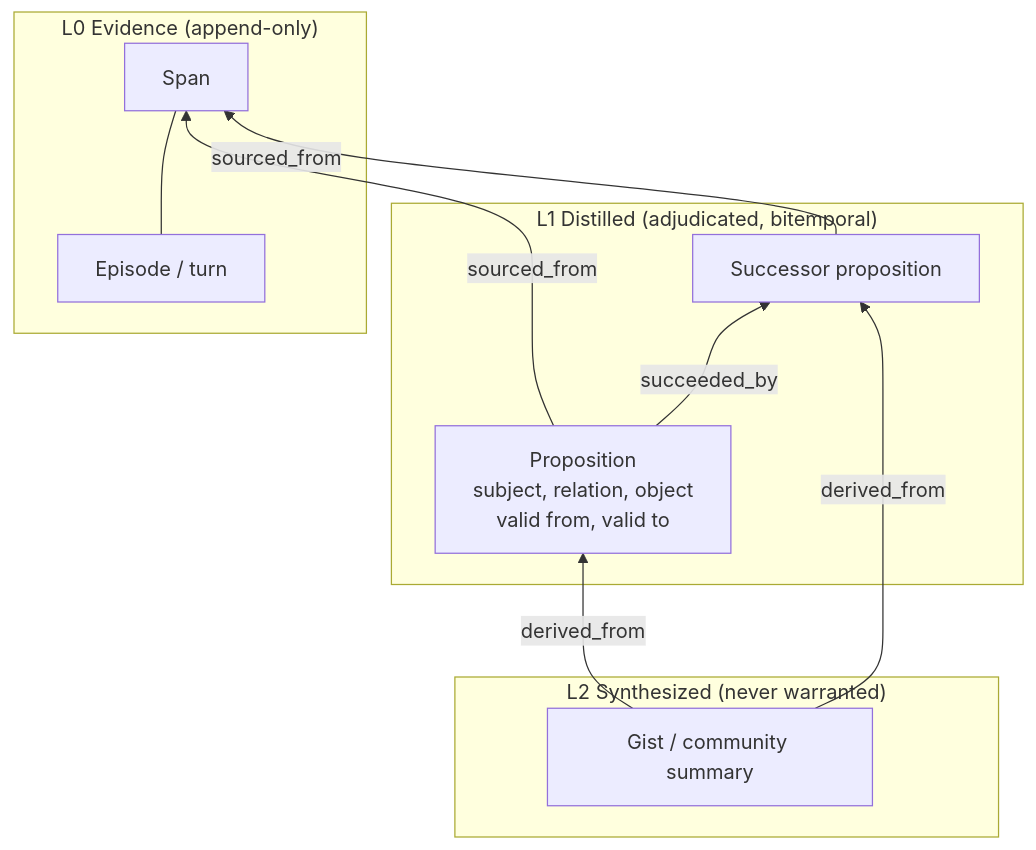
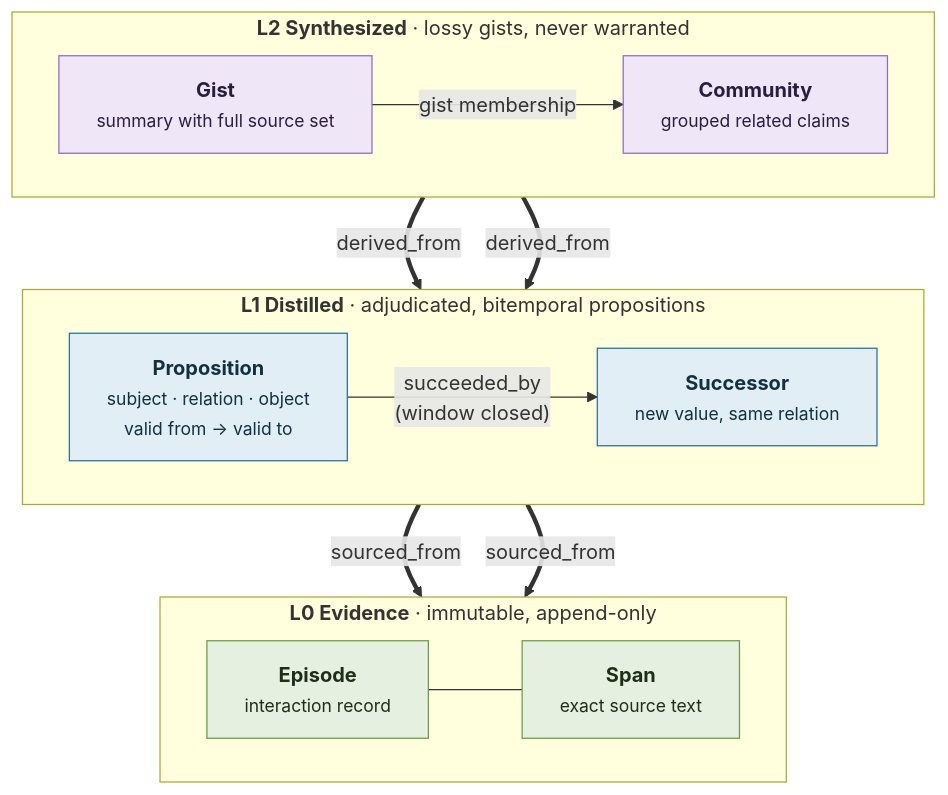
The first of 2 diagrams in src/content/blog/gmem-layered-agent-memory-evidence-links.md (Faycall1l/Faycall1l.github.io), drawn with Mermaid before and after one commit. The commit also changed other lines of this file and 10 other files, not shown here.

Commit message:
fix(blog): colored figures, restructured layer diagram

````diff
--- a/src/content/blog/gmem-layered-agent-memory-evidence-links.md
+++ b/src/content/blog/gmem-layered-agent-memory-evidence-links.md
@@ -31,18 +31,33 @@
 ```mermaid
-flowchart BT
-    subgraph L0["L0 Evidence (append-only)"]
-        E1["Episode / turn"] --- S1["Span"]
+flowchart TB
+    subgraph L2["<b>L2 Synthesized</b> · lossy gists, never warranted"]
+        direction LR
+        G1["<b>Gist</b><br/><span style='font-size:14px'>summary with full source set</span>"]
+        G2["<b>Community</b><br/><span style='font-size:14px'>grouped related claims</span>"]
     end
-    subgraph L1["L1 Distilled (adjudicated, bitemporal)"]
-        P1["Proposition<br/>subject, relation, object<br/>valid from, valid to"]
-        P2["Successor proposition"]
-        P1 -- "succeeded_by" --> P2
+
+    subgraph L1["<b>L1 Distilled</b> · adjudicated, bitemporal propositions"]
+        direction LR
+        P1["<b>Proposition</b><br/><span style='font-size:14px'>subject · relation · object<br/>valid from → valid to</span>"]
+        P2["<b>Successor</b><br/><span style='font-size:14px'>new value, same relation</span>"]
+        P1 -- "succeeded_by<br/>(window closed)" --> P2
     end
-    subgraph L2["L2 Synthesized (never warranted)"]
-        G1["Gist / community summary"]
+
+    subgraph L0["<b>L0 Evidence</b> · immutable, append-only"]
+        direction LR
+        E1["<b>Episode</b><br/><span style='font-size:14px'>interaction record</span>"] --- S1["<b>Span</b><br/><span style='font-size:14px'>exact source text</span>"]
     end
-    P1 -- "sourced_from" --> S1
-    P2 -- "sourced_from" --> S1
-    G1 -- "derived_from" --> P1
-    G1 -- "derived_from" --> P2
+
+    G1 -- "gist membership" --> G2
+    G1 == "derived_from" ==> P1
+    G2 == "derived_from" ==> P2
+    P1 == "sourced_from" ==> S1
+    P2 == "sourced_from" ==> S1
+
+    classDef l2 fill:#efe7f8,stroke:#8e6bbf,color:#2b1d3f
+    classDef l1 fill:#e2eef6,stroke:#2a6f97,color:#12303f
+    classDef l0 fill:#e6f0e0,stroke:#6a994e,color:#1f2f17
+    class G1,G2 l2
+    class P1,P2 l1
+    class E1,S1 l0
 ```
````
